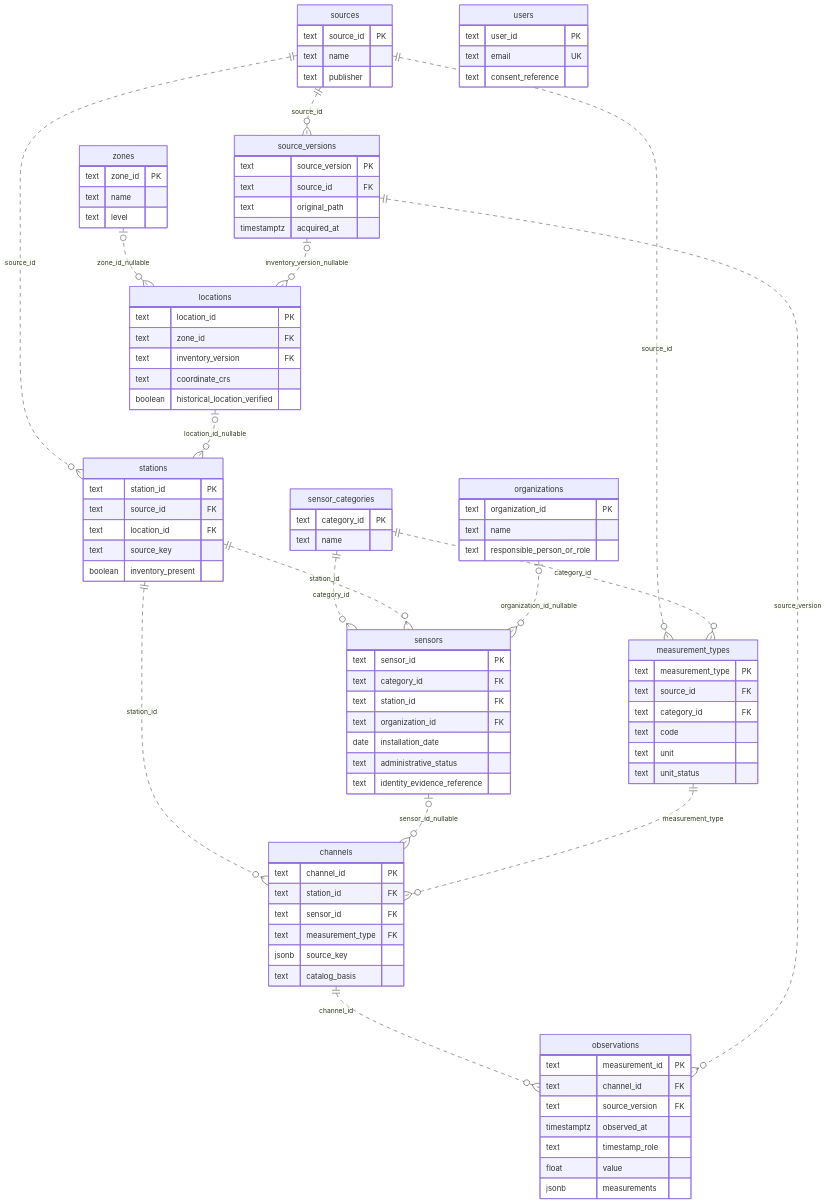
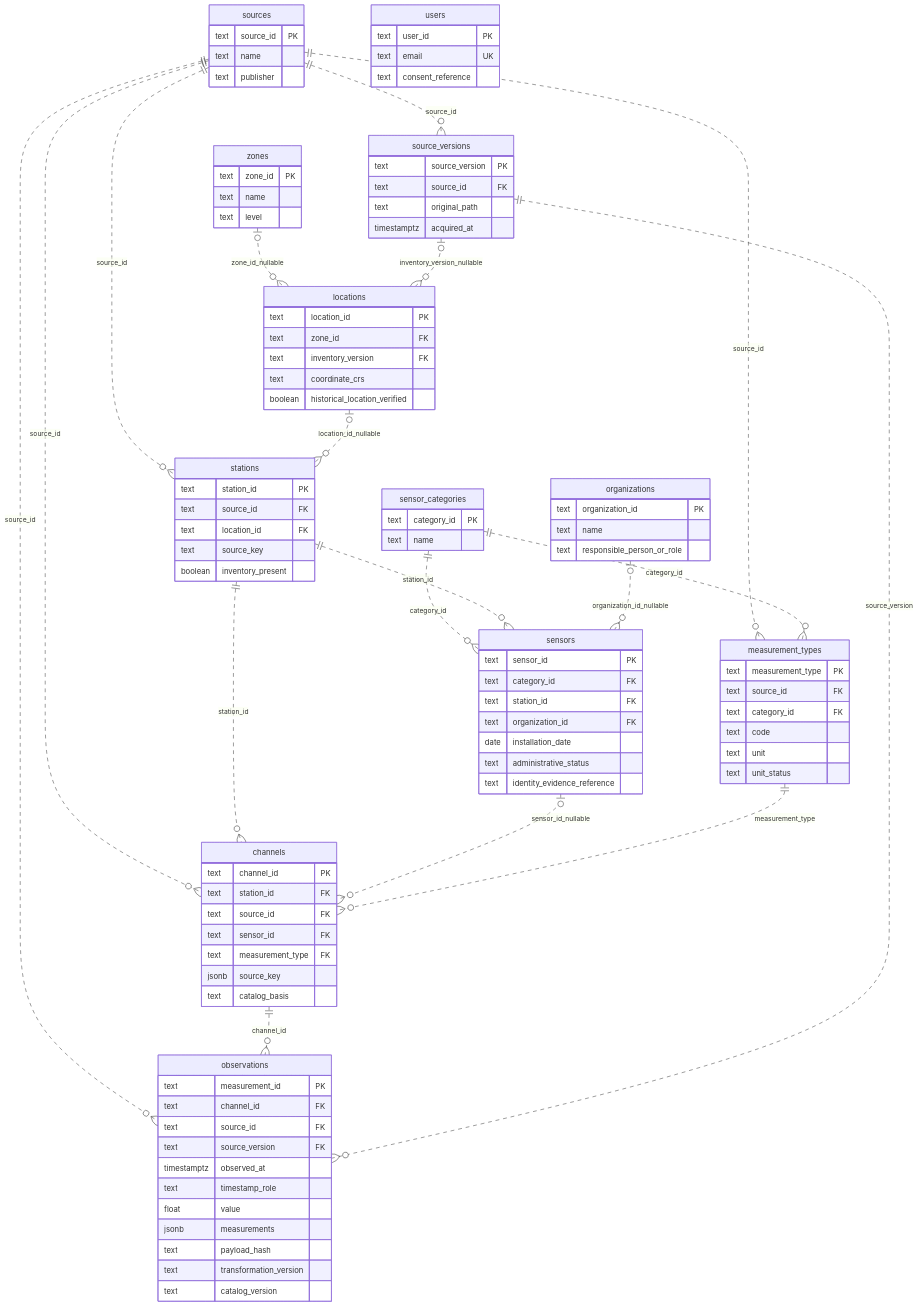
One commit to Alpizar28/SmartCity changed the third of 5 diagrams in docs/arquitectura/diagramas.md. Above: the diagram before and after it, drawn with Mermaid. The commit also changed other lines of this file and 51 other files, not shown here.

````diff
--- a/docs/arquitectura/diagramas.md
+++ b/docs/arquitectura/diagramas.md
@@ -51,6 +53,8 @@
   sources ||..o{ source_versions : source_id
   sources ||..o{ stations : source_id
   sources ||..o{ measurement_types : source_id
+  sources ||..o{ channels : source_id
+  sources ||..o{ observations : source_id
   zones o|..o{ locations : zone_id_nullable
   source_versions o|..o{ locations : inventory_version_nullable
   locations o|..o{ stations : location_id_nullable
@@ -128,6 +132,7 @@
   channels {
     text channel_id PK
     text station_id FK
+    text source_id FK
     text sensor_id FK
     text measurement_type FK
     jsonb source_key
@@ -136,10 +141,14 @@
   observations {
     text measurement_id PK
     text channel_id FK
+    text source_id FK
     text source_version FK
     timestamptz observed_at
     text timestamp_role
     float value
     jsonb measurements
+    text payload_hash
+    text transformation_version
+    text catalog_version
   }
 ```
````
